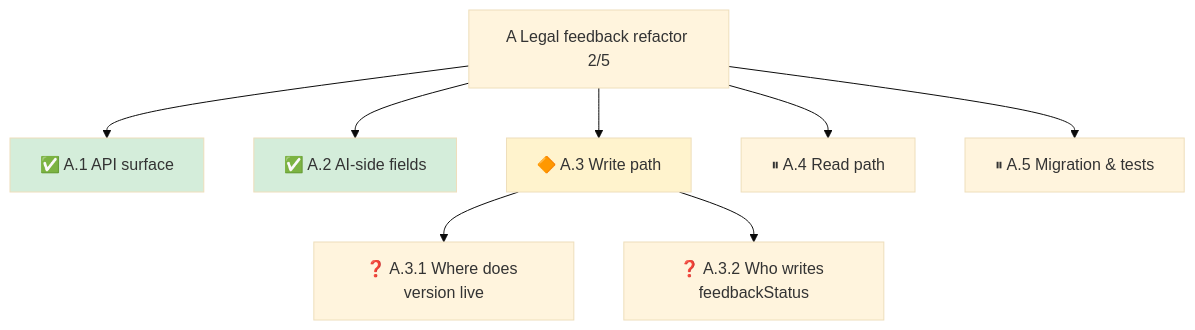
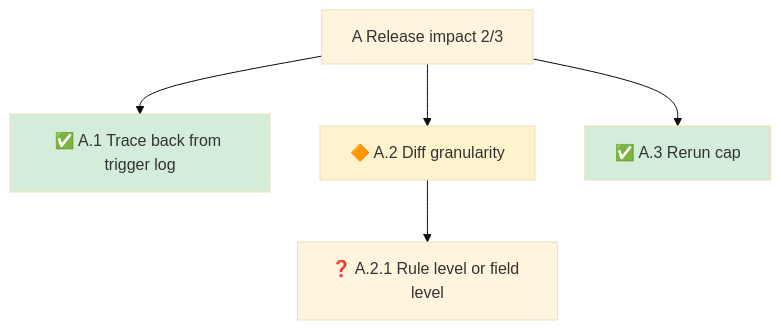
Before and after one commit to JimmyTsai55/problem-tree: the diagram in README.md, drawn with Mermaid (base theme). The commit also changed other lines of this file and 7 other files, not shown here.

````diff
--- a/README.md
+++ b/README.md
@@ -12,14 +9,11 @@
 ```mermaid
 graph TD
-  A["A Legal feedback refactor 2/5"]
-  A --> A1["✅ A.1 API surface"]
-  A --> A2["✅ A.2 AI-side fields"]
-  A --> A3["🔶 A.3 Write path"]
-  A --> A4["⏸ A.4 Read path"]
-  A --> A5["⏸ A.5 Migration & tests"]
-  A3 --> A31["❓ A.3.1 Where does version live"]
-  A3 --> A32["❓ A.3.2 Who writes feedbackStatus"]
+  A["A Release impact 2/3"]
+  A --> A1["✅ A.1 Trace back from trigger log"]
+  A --> A2["🔶 A.2 Diff granularity"]
+  A --> A3["✅ A.3 Rerun cap"]
+  A2 --> A21["❓ A.2.1 Rule level or field level"]
   style A1 fill:#d4edda
-  style A2 fill:#d4edda
-  style A3 fill:#fff3cd
+  style A2 fill:#fff3cd
+  style A3 fill:#d4edda
 ```
````
